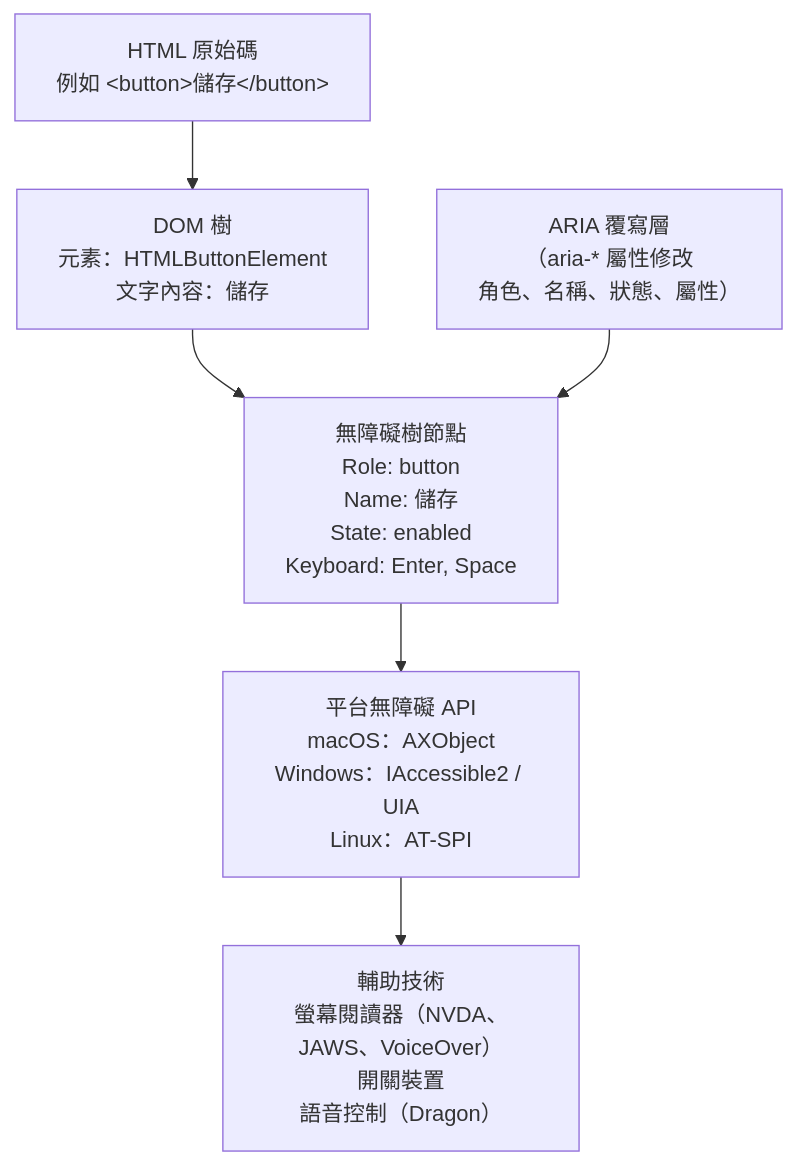
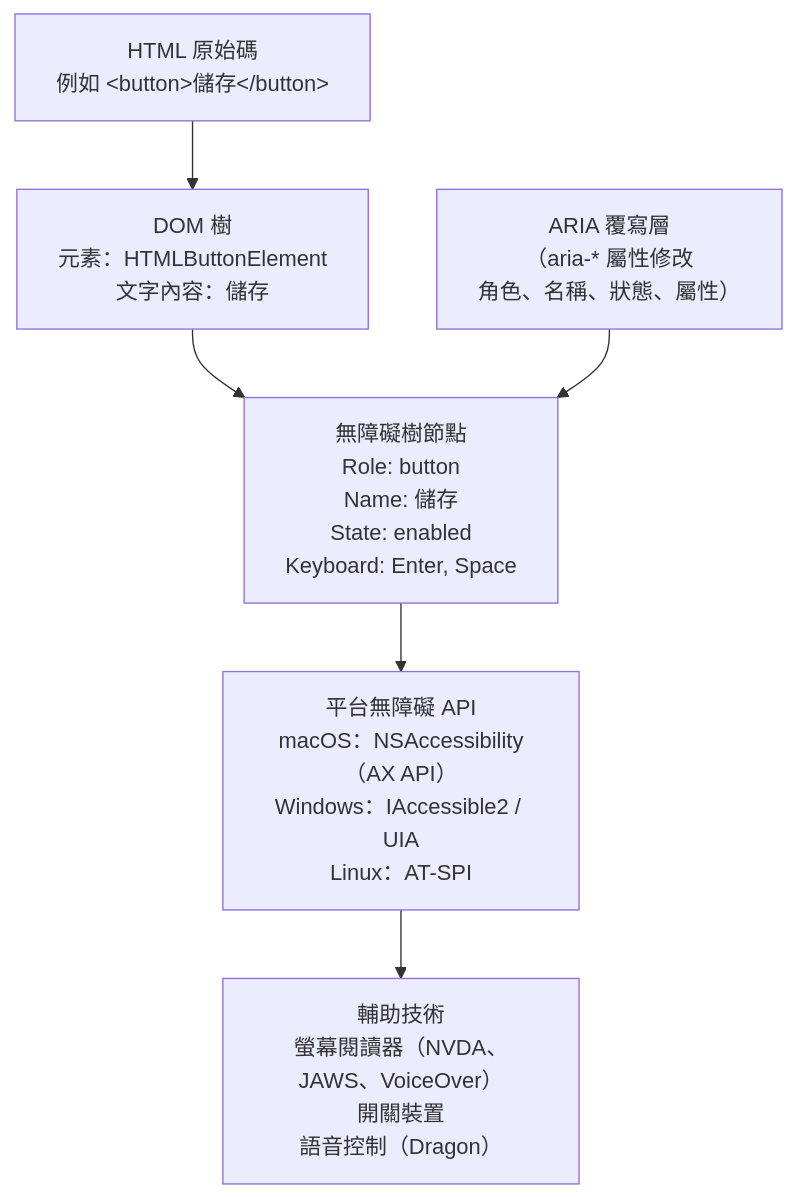
Before and after one commit to alivedise/frontend-engineering-essentials: the first of 2 diagrams in docs/zh-tw/Accessibility/1001.md, drawn with Mermaid. The commit also changed other lines of this file and 1 other file, not shown here.

````diff
--- a/docs/zh-tw/Accessibility/1001.md
+++ b/docs/zh-tw/Accessibility/1001.md
@@ -236,15 +139,15 @@
 ```mermaid
 flowchart TD
     HTML["HTML 原始碼\n例如 &lt;button&gt;儲存&lt;/button&gt;"]
     DOM["DOM 樹\n元素：HTMLButtonElement\n文字內容：儲存"]
     ARIA["ARIA 覆寫層\n（aria-* 屬性修改\n角色、名稱、狀態、屬性）"]
     AXTree["無障礙樹節點\nRole: button\nName: 儲存\nState: enabled\nKeyboard: Enter, Space"]
-    PlatformAPI["平台無障礙 API\nmacOS：AXObject\nWindows：IAccessible2 / UIA\nLinux：AT-SPI"]
+    PlatformAPI["平台無障礙 API\nmacOS：NSAccessibility（AX API）\nWindows：IAccessible2 / UIA\nLinux：AT-SPI"]
     AT["輔助技術\n螢幕閱讀器（NVDA、JAWS、VoiceOver）\n開關裝置\n語音控制（Dragon）"]
 
     HTML --> DOM
     DOM --> AXTree
     ARIA --> AXTree
     AXTree --> PlatformAPI
     PlatformAPI --> AT
 ```
````
